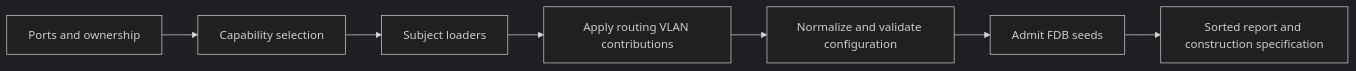
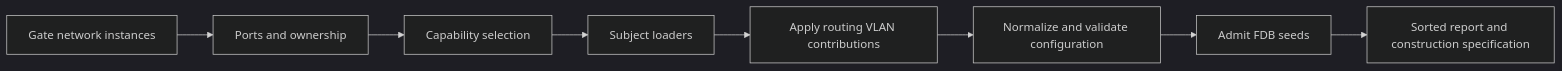
One commit to Aledantee/FlowSeer changed the diagram in src/common/sim/netmodel/README.md. Above: the diagram before and after it, drawn with Mermaid (dark theme). The commit also changed other lines of this file and 7 other files, not shown here.

````diff
--- a/src/common/sim/netmodel/README.md
+++ b/src/common/sim/netmodel/README.md
@@ -92,9 +92,10 @@
 ```mermaid
 flowchart LR
-    ports[Ports and ownership] --> capabilities[Capability selection]
+    instances[Gate network instances] --> ports[Ports and ownership]
+    ports --> capabilities[Capability selection]
     capabilities --> subjects[Subject loaders]
     subjects --> compose[Apply routing VLAN contributions]
     compose --> config[Normalize and validate configuration]
     config --> seeds[Admit FDB seeds]
     seeds --> result[Sorted report and construction specification]
 ```
````
